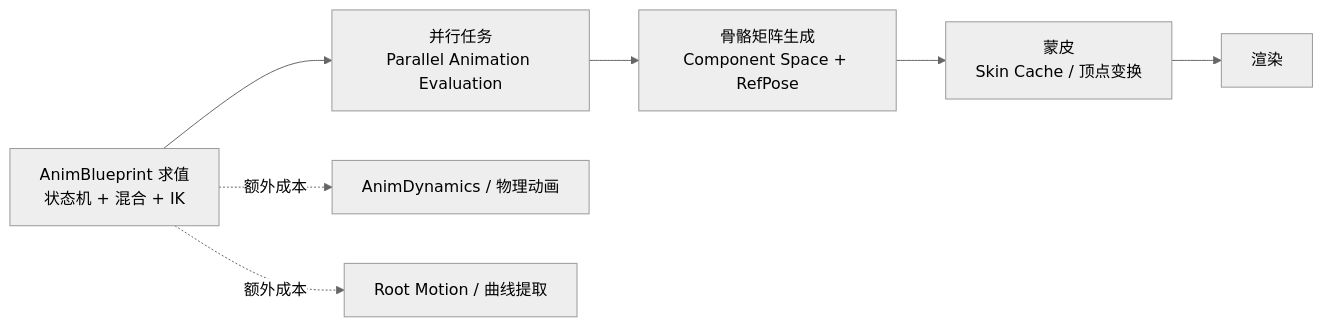
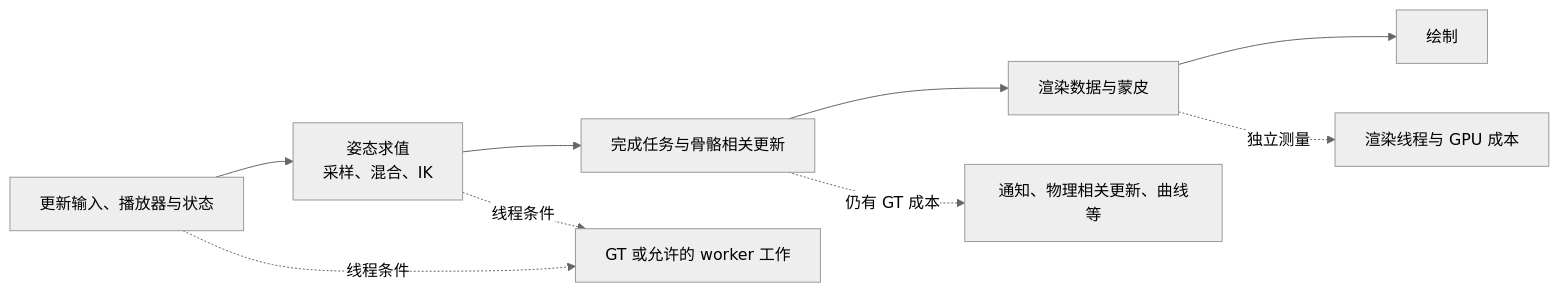
Before and after one commit to fantuan812/learning: the second of 5 diagrams in 知识/04-图形动画与物理仿真/动画求值与角色表现/04-动画性能与预算分配.md, drawn with Mermaid (neutral theme). The commit also changed other lines of this file and 2 other files, not shown here.

````diff
--- a/知识/04-图形动画与物理仿真/动画求值与角色表现/04-动画性能与预算分配.md
+++ b/知识/04-图形动画与物理仿真/动画求值与角色表现/04-动画性能与预算分配.md
@@ -67,9 +99,11 @@
 ```mermaid
 flowchart LR
-    A[AnimBlueprint 求值<br/>状态机 + 混合 + IK] --> B[并行任务<br/>Parallel Animation Evaluation]
-    B --> C[骨骼矩阵生成<br/>Component Space + RefPose]
-    C --> D[蒙皮<br/>Skin Cache / 顶点变换]
-    D --> E[渲染]
-    A -.->|额外成本| F[AnimDynamics / 物理动画]
-    A -.->|额外成本| G[Root Motion / 曲线提取]
+    A[更新输入、播放器与状态] --> B[姿态求值<br/>采样、混合、IK]
+    B --> C[完成任务与骨骼相关更新]
+    C --> D[渲染数据与蒙皮]
+    D --> E[绘制]
+    A -.线程条件.-> G[GT 或允许的 worker 工作]
+    B -.线程条件.-> G
+    C -.仍有 GT 成本.-> H[通知、物理相关更新、曲线等]
+    D -.独立测量.-> I[渲染线程与 GPU 成本]
 ```
````
